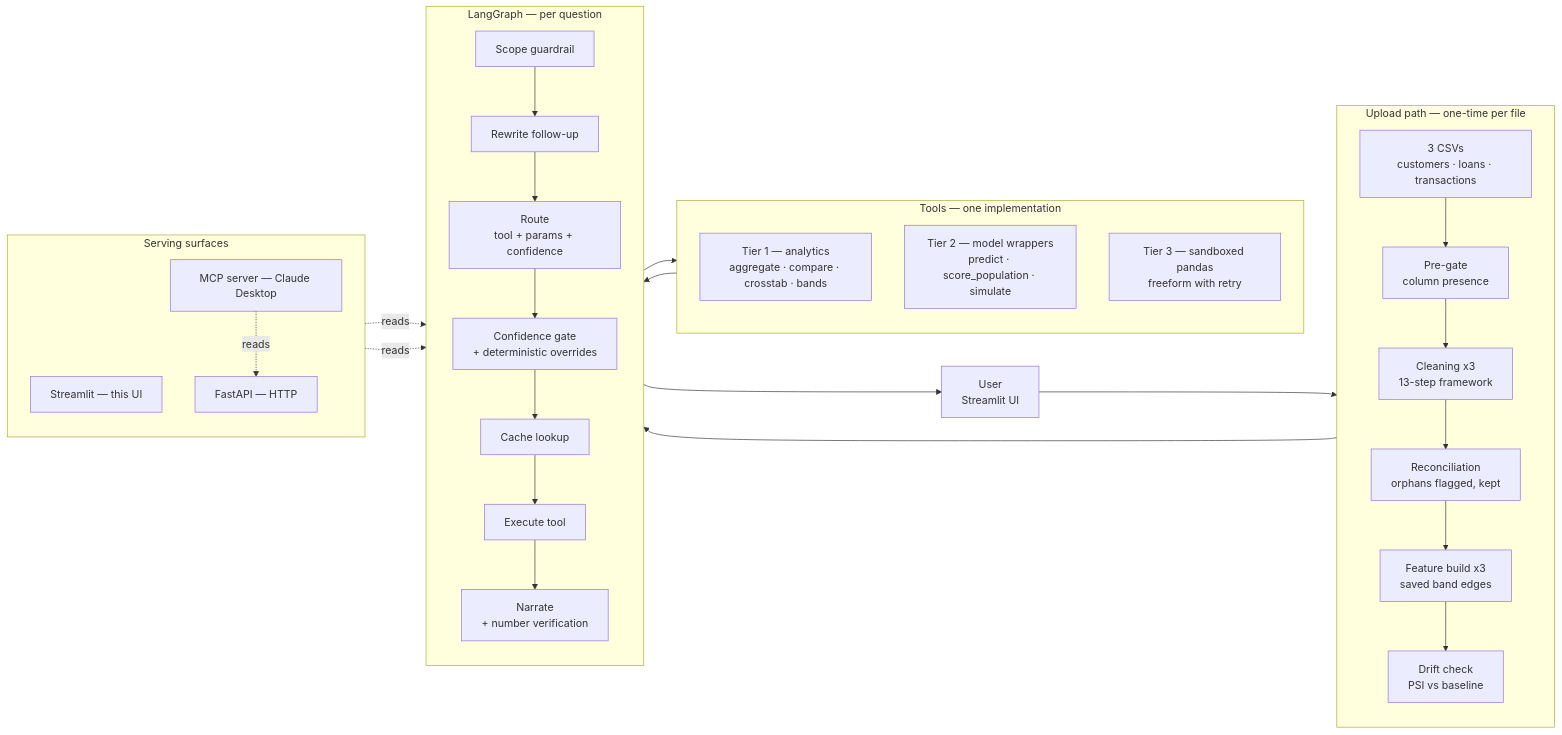
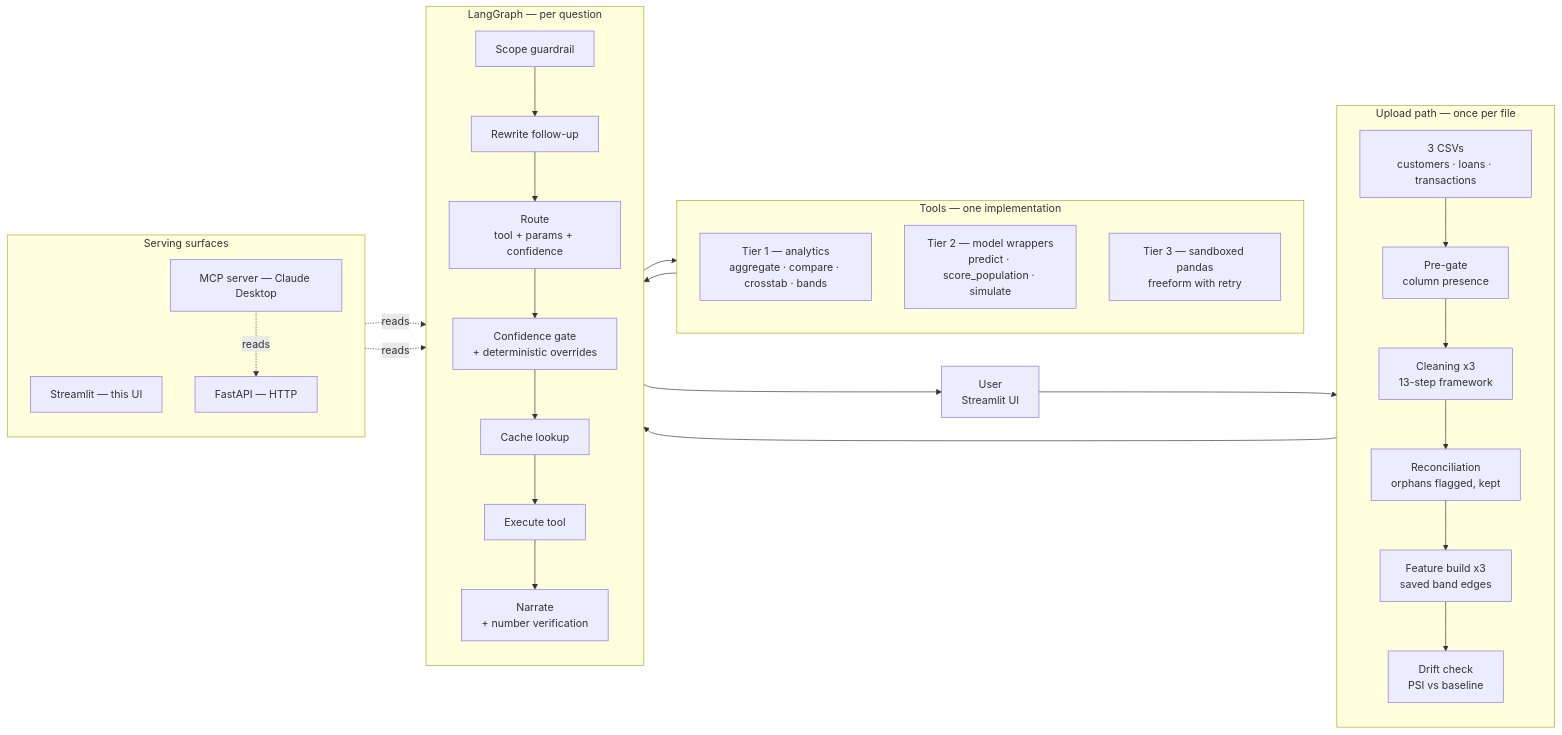
The first of 6 diagrams in README.md (ahmedsaeed56/finsight-analytics), drawn with Mermaid before and after one commit. The commit also changed other lines of this file and 4 other files, not shown here.

Commit message:
Add data-science charts and rewrite README as story-driven walkthrough

````diff
--- a/README.md
+++ b/README.md
@@ -43,51 +52,51 @@
 ```mermaid
 flowchart LR
     U[User<br/>Streamlit UI]
 
-    subgraph UPLOAD[Upload path — one-time per file]
+    subgraph UPLOAD[Upload path — once per file]
         direction TB
         RAW["3 CSVs<br/>customers · loans · transactions"]
         GATE[Pre-gate<br/>column presence]
         CLEAN[Cleaning x3<br/>13-step framework]
         RECON[Reconciliation<br/>orphans flagged, kept]
         FEAT[Feature build x3<br/>saved band edges]
         DRIFT[Drift check<br/>PSI vs baseline]
         RAW --> GATE --> CLEAN --> RECON --> FEAT --> DRIFT
     end
 
     subgraph GRAPH[LangGraph — per question]
         direction TB
         SCOPE[Scope guardrail]
         REWRITE[Rewrite follow-up]
         ROUTE[Route<br/>tool + params + confidence]
         CONF[Confidence gate<br/>+ deterministic overrides]
         CACHEG[Cache lookup]
         EXEC[Execute tool]
         NARR[Narrate<br/>+ number verification]
         SCOPE --> REWRITE --> ROUTE --> CONF --> CACHEG --> EXEC --> NARR
     end
 
     subgraph TOOLS[Tools — one implementation]
         direction TB
         T1[Tier 1 — analytics<br/>aggregate · compare · crosstab · bands]
         T2[Tier 2 — model wrappers<br/>predict · score_population · simulate]
         T3[Tier 3 — sandboxed pandas<br/>freeform with retry]
     end
 
     subgraph SERVE[Serving surfaces]
         direction TB
         SL[Streamlit — this UI]
         API[FastAPI — HTTP]
         MCP[MCP server — Claude Desktop]
     end
 
     U --> UPLOAD
     UPLOAD --> GRAPH
     EXEC --> TOOLS
     TOOLS --> NARR
     NARR --> U
 
     API -.reads.-> GRAPH
     MCP -.reads.-> API
     SL -.reads.-> GRAPH
 ```
````
